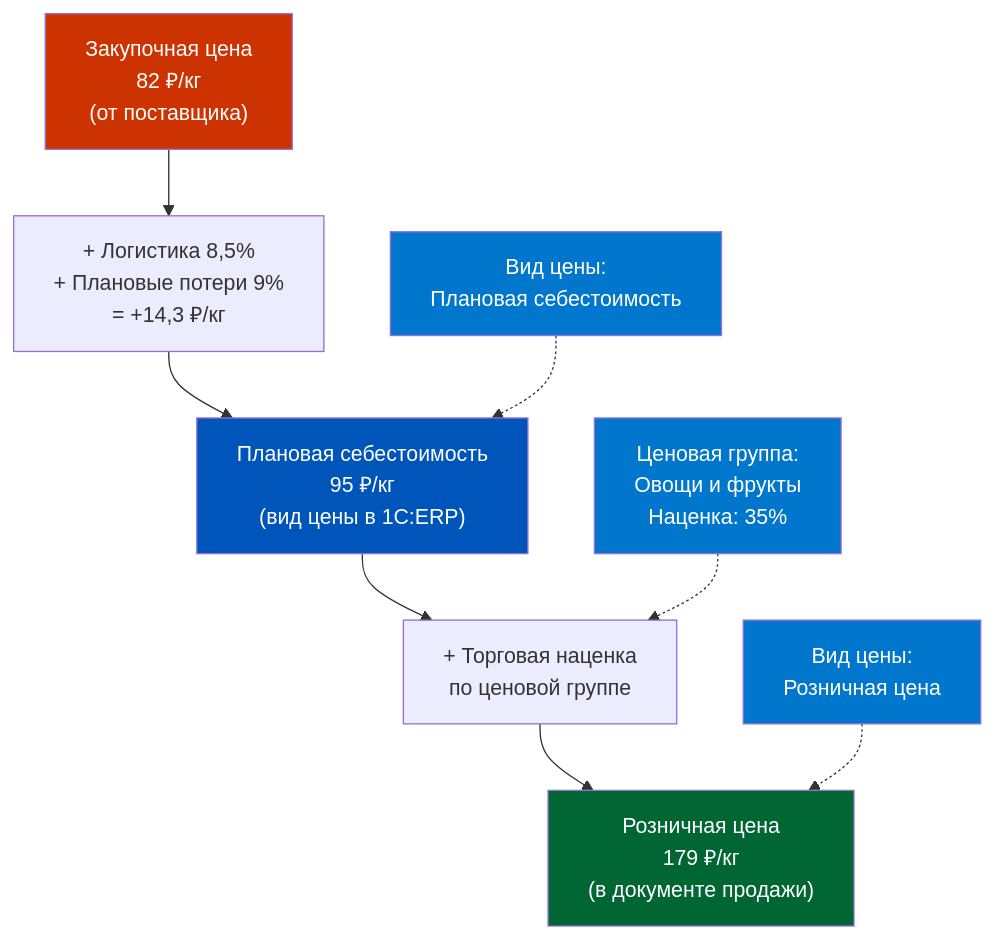
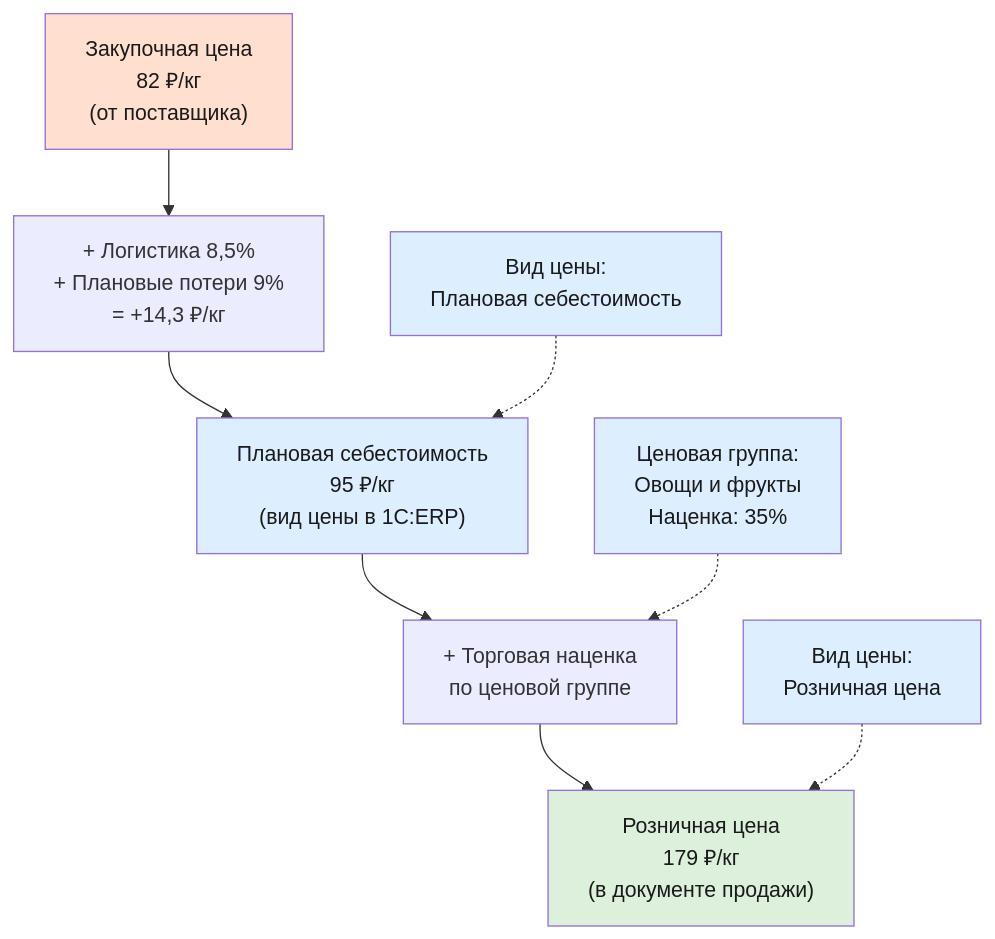
The fourth of 6 diagrams in content/1c-erp/week_2/Неделя 2 - День 6 - Практикум по НСИ.md (murad1986/1c-erp-quartz), drawn with Mermaid before and after one commit. The commit also changed other lines of this file and 57 other files, not shown here.

First line of the commit message:
fix: Mermaid — пастельные цвета в источниках диаграмм (56 файлов)

````diff
--- a/content/1c-erp/week_2/Неделя 2 - День 6 - Практикум по НСИ.md
+++ b/content/1c-erp/week_2/Неделя 2 - День 6 - Практикум по НСИ.md
@@ -296,18 +296,18 @@
 ```mermaid
 graph TD
     A["Закупочная цена<br/>82 ₽/кг<br/>(от поставщика)"] --> B["+ Логистика 8,5%<br/>+ Плановые потери 9%<br/>= +14,3 ₽/кг"]
     B --> C["Плановая себестоимость<br/>95 ₽/кг<br/>(вид цены в 1С:ERP)"]
     C --> D["+ Торговая наценка<br/>по ценовой группе"]
     D --> E["Розничная цена<br/>179 ₽/кг<br/>(в документе продажи)"]
 
     F["Ценовая группа:<br/>Овощи и фрукты<br/>Наценка: 35%"] -.-> D
     G["Вид цены:<br/>Розничная цена"] -.-> E
     H["Вид цены:<br/>Плановая себестоимость"] -.-> C
 
-    style A fill:#CC3300,color:#fff
-    style C fill:#0055BB,color:#fff
-    style E fill:#006633,color:#fff
-    style F fill:#0077CC,color:#fff
-    style G fill:#0077CC,color:#fff
-    style H fill:#0077CC,color:#fff
+    style A fill:#ffe0d0,color:#1a1a1a
+    style C fill:#dceeff,color:#1a1a1a
+    style E fill:#dcf0dc,color:#1a1a1a
+    style F fill:#dceeff,color:#1a1a1a
+    style G fill:#dceeff,color:#1a1a1a
+    style H fill:#dceeff,color:#1a1a1a
 ```
````
